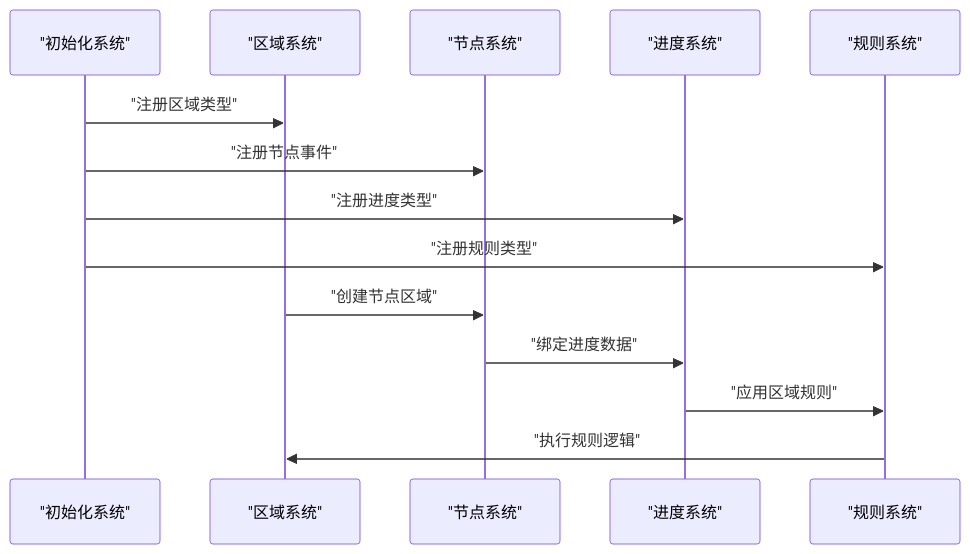
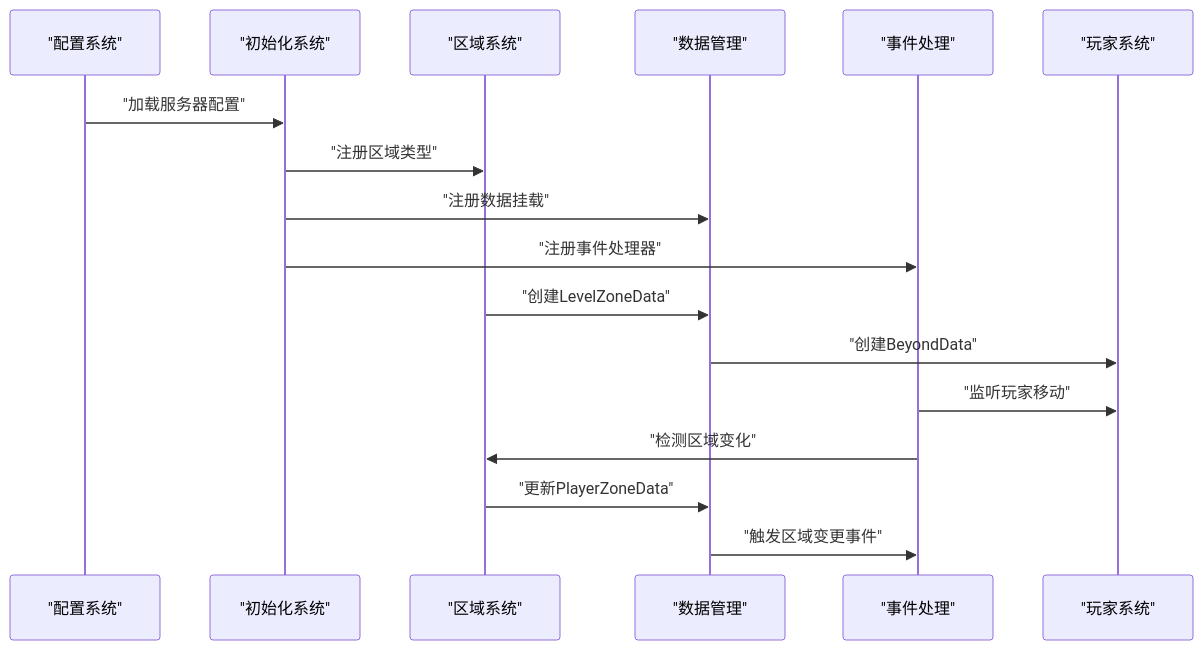
Before and after one commit to Ver-shift/SubModulesGeneHunter: the second of 11 diagrams in .qoder/repowiki/zh/content/模块架构/Beyond安全区模块/Beyond安全区模块.md, drawn with Mermaid. The commit also changed other lines of this file and 16 other files, not shown here.

````diff
--- a/.qoder/repowiki/zh/content/模块架构/Beyond安全区模块/Beyond安全区模块.md
+++ b/.qoder/repowiki/zh/content/模块架构/Beyond安全区模块/Beyond安全区模块.md
@@ -130,16 +178,19 @@
 ```mermaid
 sequenceDiagram
+participant Config as "配置系统"
 participant Init as "初始化系统"
 participant Zone as "区域系统"
-participant Node as "节点系统"
-participant Progress as "进度系统"
-participant Rule as "规则系统"
+participant Data as "数据管理"
+participant Event as "事件处理"
+participant Player as "玩家系统"
+Config->>Init : "加载服务器配置"
 Init->>Zone : "注册区域类型"
-Init->>Node : "注册节点事件"
-Init->>Progress : "注册进度类型"
-Init->>Rule : "注册规则类型"
-Zone->>Node : "创建节点区域"
-Node->>Progress : "绑定进度数据"
-Progress->>Rule : "应用区域规则"
-Rule->>Zone : "执行规则逻辑"
+Init->>Data : "注册数据挂载"
+Init->>Event : "注册事件处理器"
+Zone->>Data : "创建LevelZoneData"
+Data->>Player : "创建BeyondData"
+Event->>Player : "监听玩家移动"
+Event->>Zone : "检测区域变化"
+Zone->>Data : "更新PlayerZoneData"
+Data->>Event : "触发区域变更事件"
 ```
````
